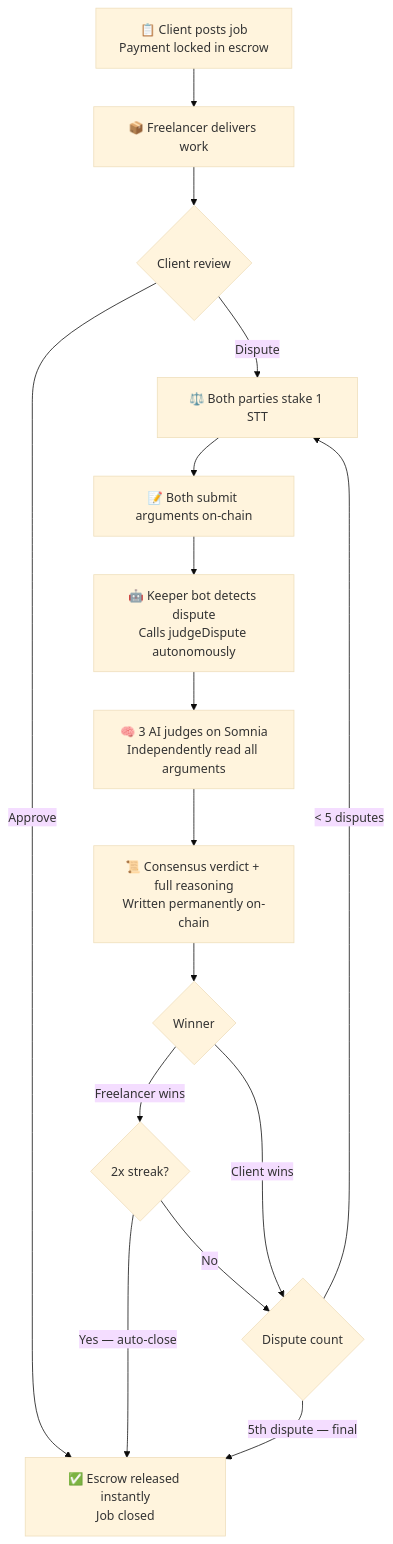
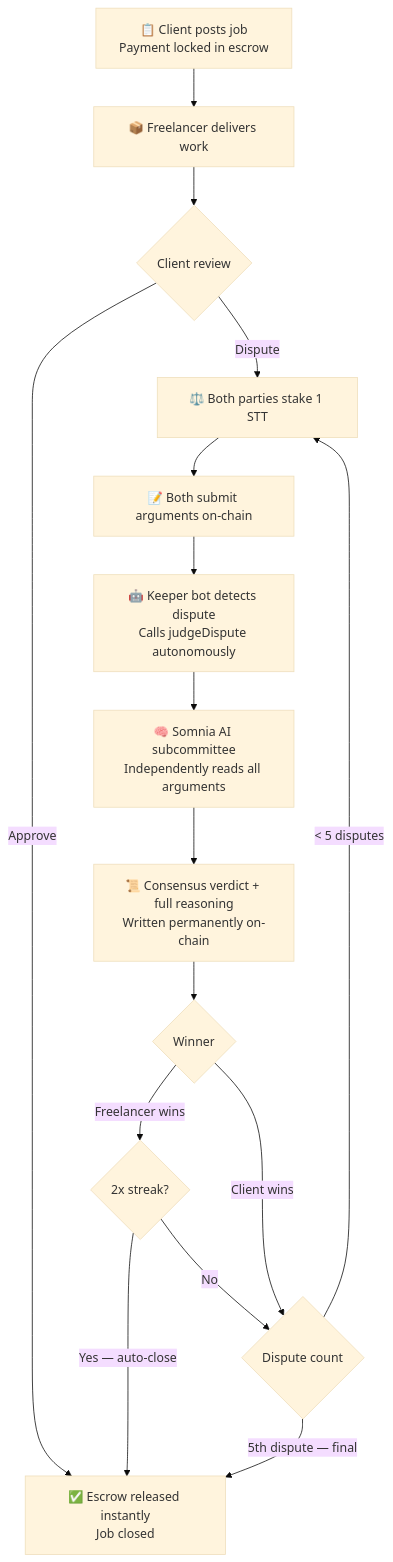
Before and after one commit to abrahamebij/abita: the first of 2 diagrams in README.md, drawn with Mermaid (base theme). The commit also changed other lines of this file, not shown here.

````diff
--- a/README.md
+++ b/README.md
@@ -46,18 +46,18 @@
 ```mermaid
 flowchart TD
     A["📋 Client posts job\nPayment locked in escrow"] --> B["📦 Freelancer delivers work"]
     B --> C{"Client review"}
     C -->|Approve| D["✅ Escrow released instantly\nJob closed"]
     C -->|Dispute| E["⚖️ Both parties stake 1 STT"]
     E --> F["📝 Both submit arguments on-chain"]
     F --> G["🤖 Keeper bot detects dispute\nCalls judgeDispute autonomously"]
-    G --> H["🧠 3 AI judges on Somnia\nIndependently read all arguments"]
+    G --> H["🧠 Somnia AI subcommittee\nIndependently reads all arguments"]
     H --> I["📜 Consensus verdict + full reasoning\nWritten permanently on-chain"]
     I --> J{"Winner"}
     J -->|Freelancer wins| L{"2x streak?"}
     J -->|Client wins| K{"Dispute count"}
     L -->|Yes — auto-close| D
     L -->|No| K
     K -->|"< 5 disputes"| E
     K -->|5th dispute — final| D
 ```
````
